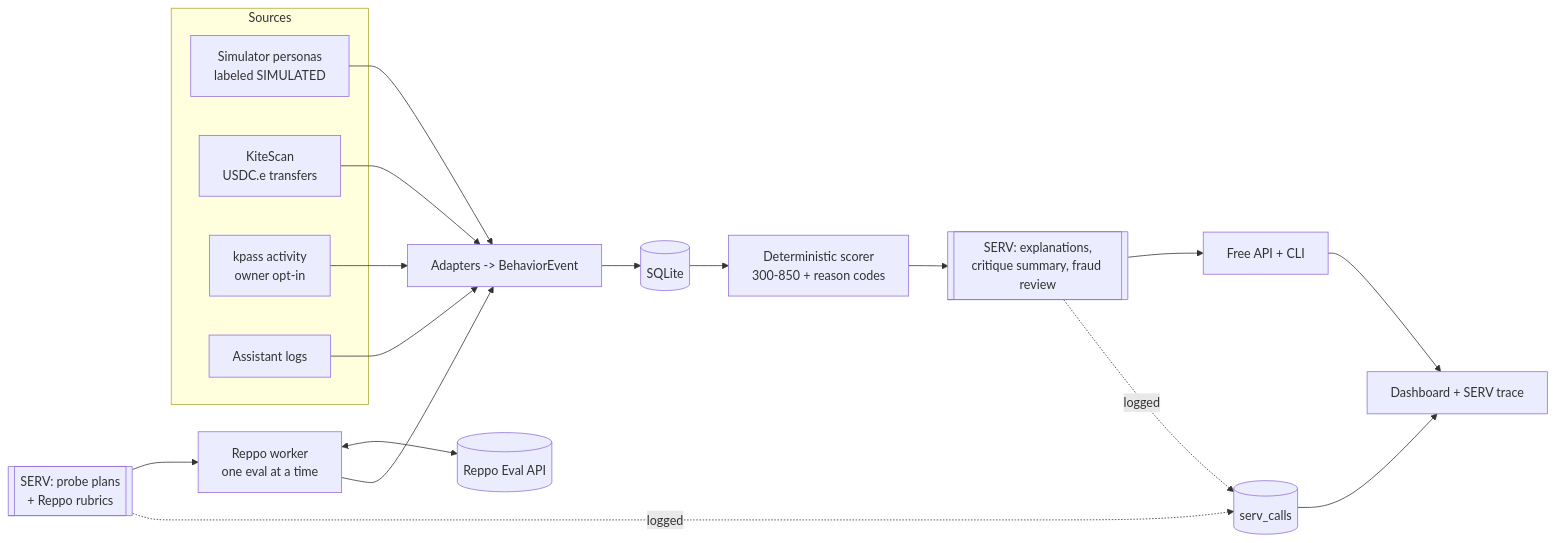
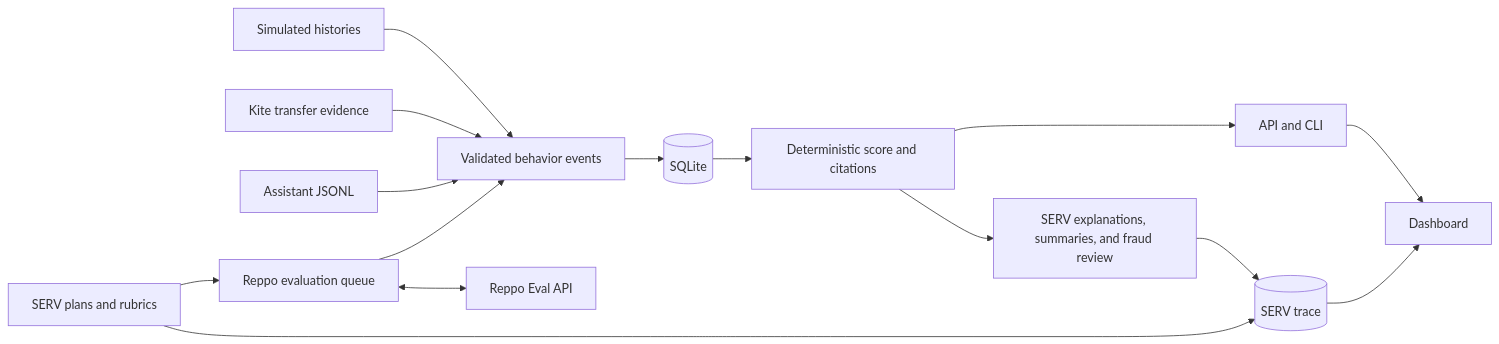
One commit to ozgureyilmaz/agentfico changed the diagram in README.md. Above: the diagram before and after it, drawn with Mermaid. The commit also changed other lines of this file and 57 other files, not shown here.

````diff
--- a/README.md
+++ b/README.md
@@ -16,21 +47,17 @@
 ```mermaid
 flowchart LR
-  subgraph Sources
-    SIM[Simulator personas<br/>labeled SIMULATED]
-    KS[KiteScan<br/>USDC.e transfers]
-    KP[kpass activity<br/>owner opt-in]
-    AS[Assistant logs]
-  end
-  SERV1[[SERV: probe plans<br/>+ Reppo rubrics]] --> RW[Reppo worker<br/>one eval at a time]
-  RW <--> REPPO[(Reppo Eval API)]
-  SIM & KS & KP & AS --> AD[Adapters -> BehaviorEvent]
-  RW --> AD
+  SIM[Simulated histories] --> AD[Validated behavior events]
+  KITE[Kite transfer evidence] --> AD
+  LOG[Assistant JSONL] --> AD
+  PROBE[SERV plans and rubrics] --> QUEUE[Reppo evaluation queue]
+  QUEUE <--> REPPO[Reppo Eval API]
+  QUEUE --> AD
   AD --> DB[(SQLite)]
-  DB --> SC[Deterministic scorer<br/>300-850 + reason codes]
-  SC --> SERV2[[SERV: explanations,<br/>critique summary, fraud review]]
-  SERV2 --> API[Free API + CLI]
-  API --> DASH[Dashboard + SERV trace]
-  SERV1 -.logged.-> LOG[(serv_calls)]
-  SERV2 -.logged.-> LOG
-  LOG --> DASH
+  DB --> SC[Deterministic score and citations]
+  SC --> API[API and CLI]
+  SC --> SERV[SERV explanations, summaries, and fraud review]
+  SERV --> TRACE[(SERV trace)]
+  PROBE --> TRACE
+  API --> WEB[Dashboard]
+  TRACE --> WEB
 ```
````
